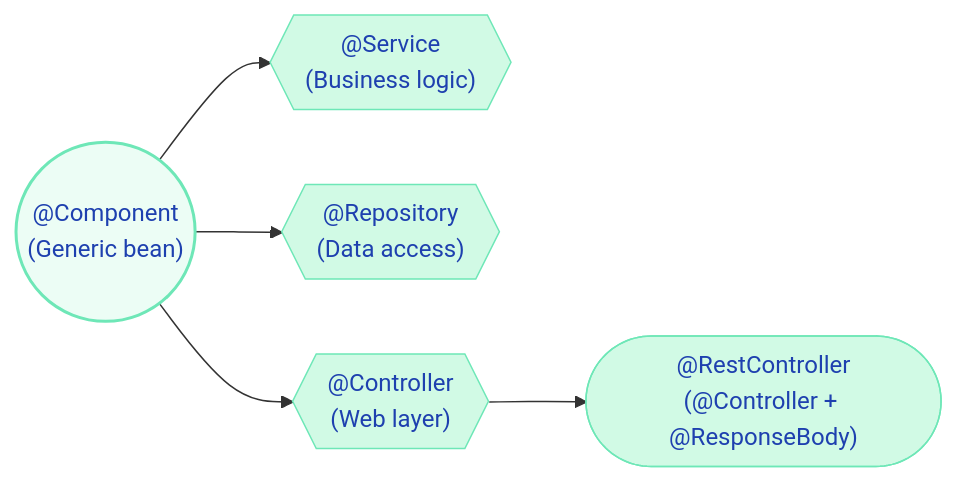
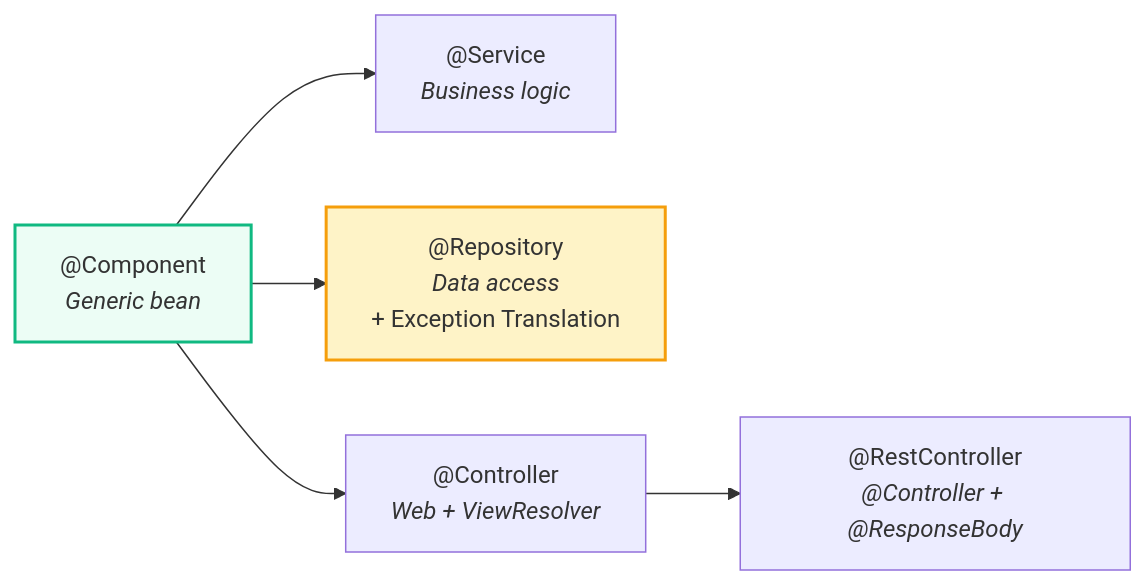
The second of 3 diagrams in docs/springboot/Annotations.md (saivamsikaruturi/vamsilabs-dev-notes-main), drawn with Mermaid before and after one commit. The commit also changed other lines of this file and 21 other files, not shown here.

````diff
--- a/docs/springboot/Annotations.md
+++ b/docs/springboot/Annotations.md
@@ -71,14 +60,11 @@
 ```mermaid
 flowchart LR
-    C(("@Component<br/>(Generic bean)"))
-    C --> S{{"@Service<br/>(Business logic)"}}
-    C --> R{{"@Repository<br/>(Data access)"}}
-    C --> Ctrl{{"@Controller<br/>(Web layer)"}}
-    Ctrl --> RC(["@RestController<br/>(@Controller + @ResponseBody)"])
+    C["@Component<br/><i>Generic bean</i>"]
+    C --> S["@Service<br/><i>Business logic</i>"]
+    C --> R["@Repository<br/><i>Data access</i><br/>+ Exception Translation"]
+    C --> Ctrl["@Controller<br/><i>Web + ViewResolver</i>"]
+    Ctrl --> RC["@RestController<br/><i>@Controller + @ResponseBody</i>"]
 
-    style C fill:#ECFDF5,stroke:#6EE7B7,stroke-width:2px,color:#1E40AF
-    style S fill:#D1FAE5,stroke:#6EE7B7,color:#1E40AF
-    style R fill:#D1FAE5,stroke:#6EE7B7,color:#1E40AF
-    style Ctrl fill:#D1FAE5,stroke:#6EE7B7,color:#1E40AF
-    style RC fill:#D1FAE5,stroke:#6EE7B7,color:#1E40AF
+    style C fill:#ECFDF5,stroke:#10B981,stroke-width:2px
+    style R fill:#FEF3C7,stroke:#F59E0B,stroke-width:2px
 ```
````
